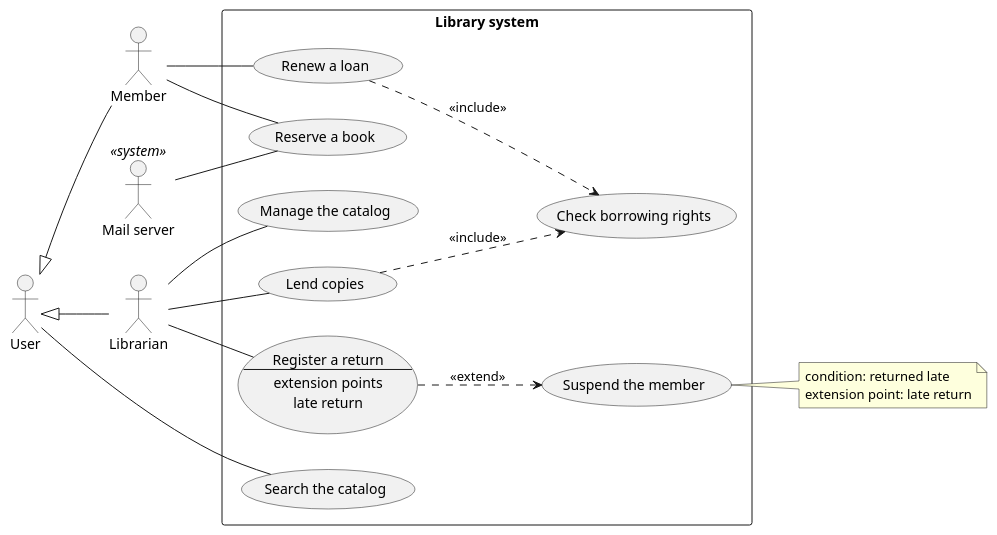
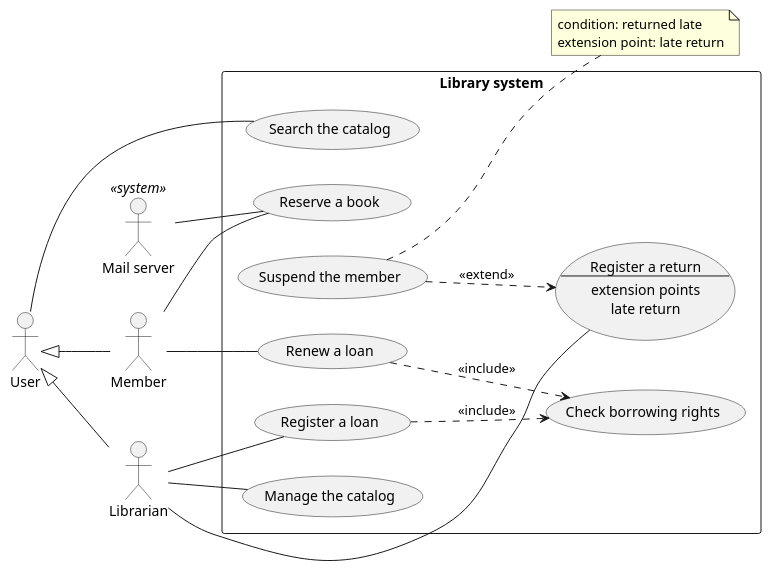
The diagram in docs/uml/use-case.puml (salsabil-lediaf/tp2-library), drawn with PlantUML before and after one commit. The commit also changed 2 other files, not shown here.

Commit message:
Apply teacher corrections to UML diagrams

```diff
--- a/docs/uml/use-case.puml
+++ b/docs/uml/use-case.puml
@@ -1,50 +1,49 @@
 @startuml
 left to right direction
 
 actor User
 actor Member
 actor Librarian
 actor "Mail server" as Mail <<system>>
 
 rectangle "Library system" {
 
     usecase "Search the catalog" as Search
     usecase "Reserve a book" as Reserve
     usecase "Renew a loan" as Renew
-    usecase "Lend copies" as Lend
+    usecase "Register a loan" as Lend
 
     usecase Return as "Register a return
     --
     extension points
     late return"
 
     usecase "Manage the catalog" as Manage
     usecase "Check borrowing rights" as Check
     usecase "Suspend the member" as Suspend
 }
 
 User <|-- Member
 User <|-- Librarian
 
 User -- Search
 
 Member -- Reserve
 Member -- Renew
 
 Librarian -- Lend
 Librarian -- Return
 Librarian -- Manage
 
 Mail -- Reserve
 
 Renew ..> Check : <<include>>
 Lend ..> Check : <<include>>
 
-Return ..> Suspend : <<extend>>
-'Suspend ..> Return  : <<extend>>
+Suspend ..> Return  : <<extend>>
 note right of Suspend
   condition: returned late
   extension point: late return
 end note
 
 @enduml
```
